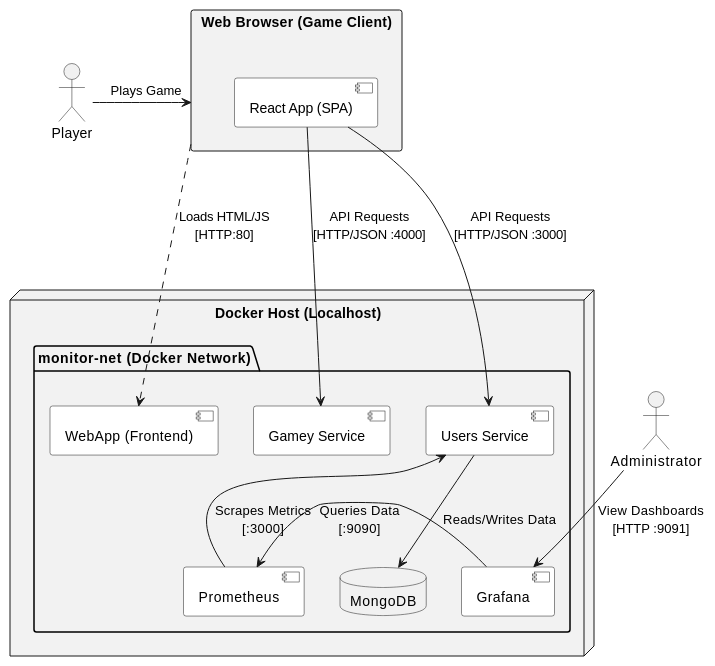
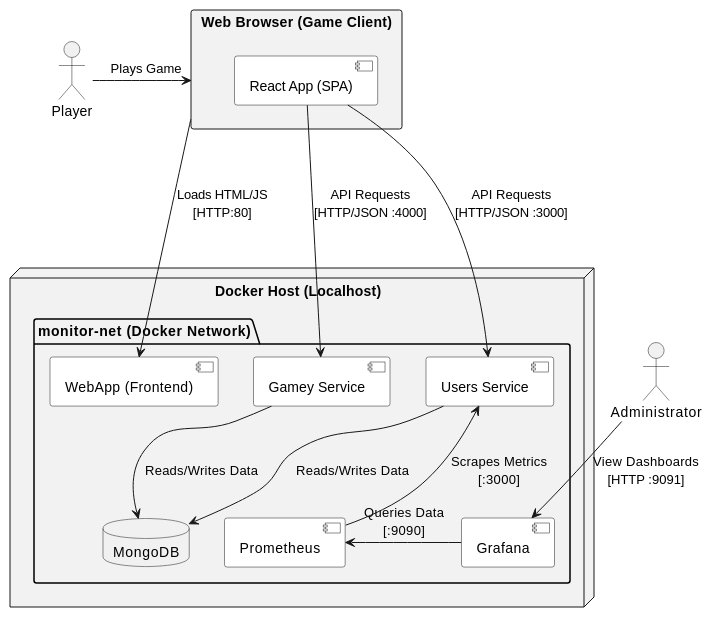
One commit to Arquisoft/yovi_es1a changed the second of 2 diagrams in docs/src/03_context_and_scope.adoc. Above: the diagram before and after it, drawn with PlantUML. The commit also changed other lines of this file and 1 other file, not shown here.

Commit message:
Corrections to the technical context chart and addition of information about database selection in the strategy solution

```diff
--- a/docs/src/03_context_and_scope.adoc
+++ b/docs/src/03_context_and_scope.adoc
@@ -96,45 +96,45 @@
 [plantuml, technical-context-diagram, png]
 ----
 @startuml
 skinparam componentStyle uml2
 skinparam componentBackgroundColor white
 skinparam packageBackgroundColor #F2F2F2
 skinparam defaultTextAlignment center
 
 ' Ponemos a los actores en los extremos para abrir el diagrama
 actor "Player" as player
 actor "Administrator" as admin
 
 rectangle "Web Browser (Game Client)" as browser {
     component "React App (SPA)" as spa
 }
 
 node "Docker Host (Localhost)" {
     package "monitor-net (Docker Network)" {
         component "WebApp (Frontend)" as webapp
         component "Users Service" as users
         component "Gamey Service" as gamey
         database "MongoDB" as mongo
 
         component "Grafana" as graf
         component "Prometheus" as prom
     }
 }
 
 player -> browser : Plays Game
-browser ..> webapp : Loads HTML/JS\n[HTTP:80]
+browser --> webapp : Loads HTML/JS\n[HTTP:80]
 
 spa ---> users : API Requests\n[HTTP/JSON :3000]
 spa ---> gamey : API Requests\n[HTTP/JSON :4000]
 
 users --> mongo : Reads/Writes Data
-
+gamey --> mongo : Reads/Writes Data
 
 admin --> graf : View Dashboards\n[HTTP :9091]
 
 
 graf -> prom : Queries Data\n[:9090]
 prom -up-> users : Scrapes Metrics\n[:3000]
 
 @enduml
 ----
```
